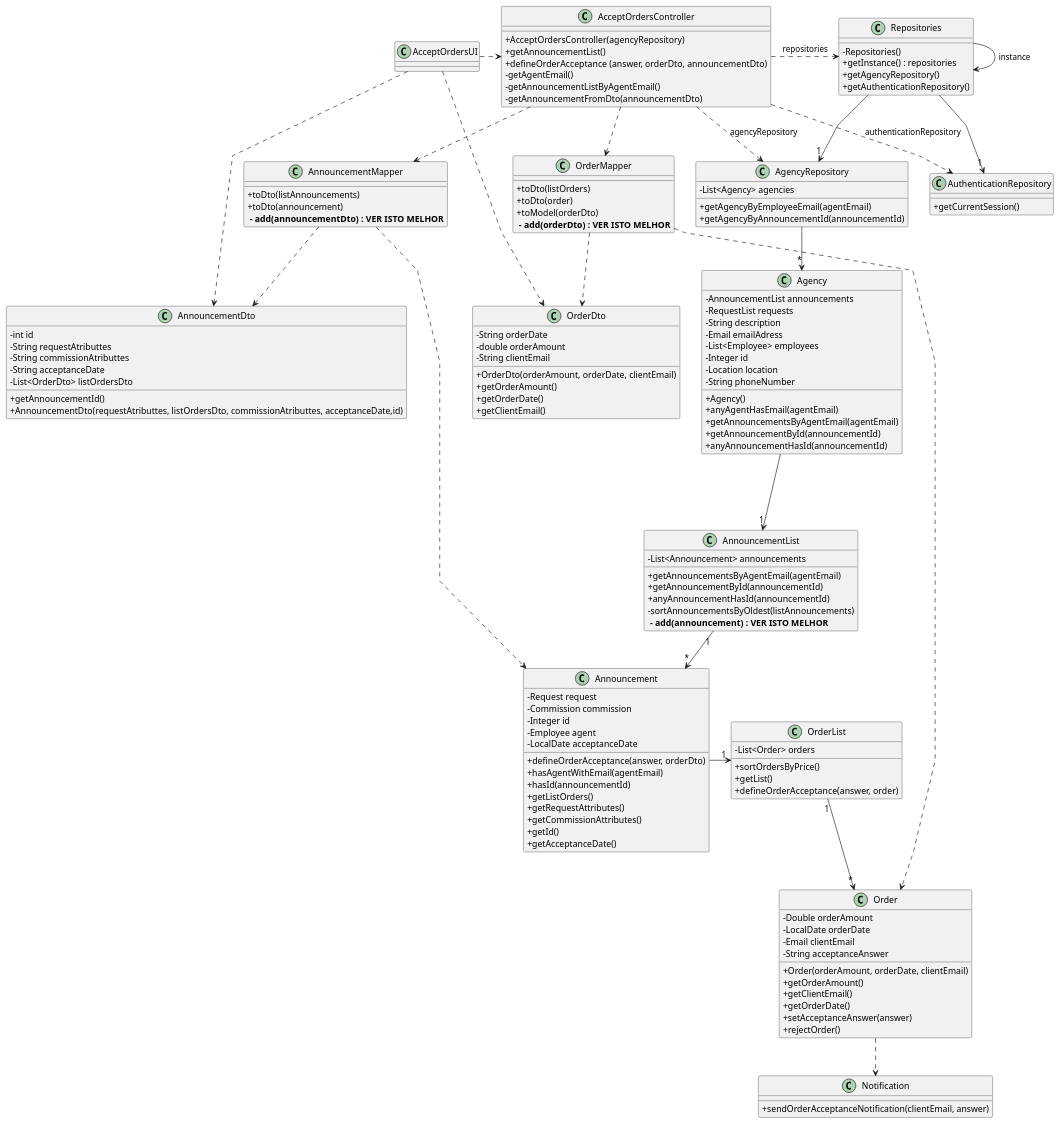
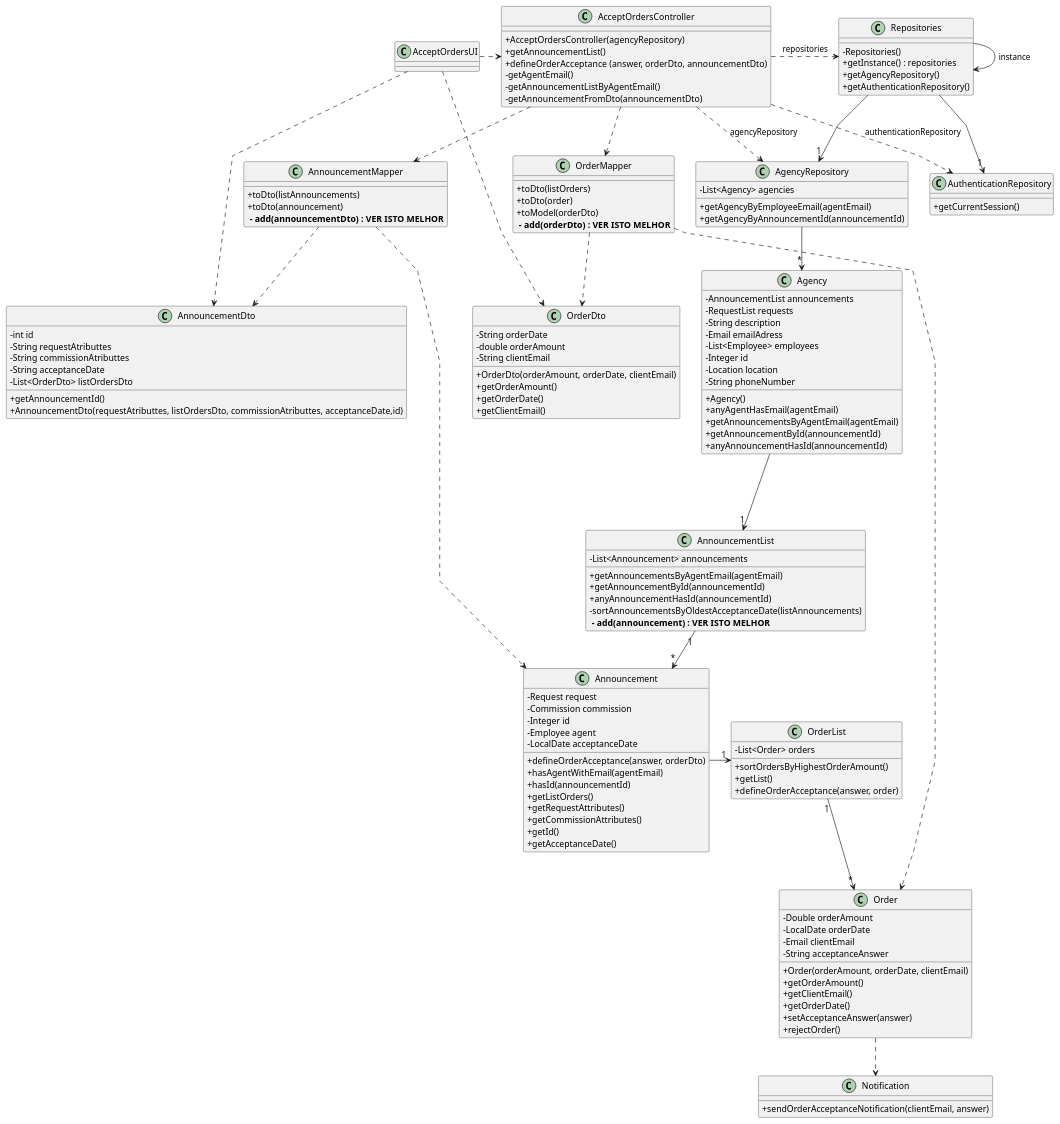
One commit to rita-barbosa/LAPR2-2223 changed the diagram in docs/sprintC/us011/03.design/puml/us011-class-diagram.puml. Above: the diagram before and after it, drawn with PlantUML. The commit also changed 3 other files, not shown here.

Commit message:
Update sequence and class diagram: renaming methods [US011][Design][#03 & #01 Task|Issue]

```diff
--- a/docs/sprintC/us011/03.design/puml/us011-class-diagram.puml
+++ b/docs/sprintC/us011/03.design/puml/us011-class-diagram.puml
@@ -1,162 +1,162 @@
 @startuml
 'skinparam monochrome true
 skinparam packageStyle rectangle
 skinparam shadowing false
 skinparam linetype polyline
 'skinparam linetype orto
 
 skinparam classAttributeIconSize 0
 
 class Notification {
 + sendOrderAcceptanceNotification(clientEmail, answer)
 }
 
 class Order {
     - Double orderAmount
     - LocalDate orderDate
     - Email clientEmail
     - String acceptanceAnswer
     + Order(orderAmount, orderDate, clientEmail)
     + getOrderAmount()
     + getClientEmail()
     + getOrderDate()
     + setAcceptanceAnswer(answer)
     + rejectOrder()
 }
 
 class OrderMapper {
     + toDto(listOrders)
     + toDto(order)
     + toModel(orderDto)
     ** - add(orderDto) : VER ISTO MELHOR**
 }
 
 class OrderList {
     - List<Order> orders
-    + sortOrdersByPrice()
+    + sortOrdersByHighestOrderAmount()
     + getList()
     + defineOrderAcceptance(answer, order)
 }
 
 class OrderDto {
     - String orderDate
     - double orderAmount
     - String clientEmail
     + OrderDto(orderAmount, orderDate, clientEmail)
     + getOrderAmount()
     + getOrderDate()
     + getClientEmail()
 }
 
 class Announcement {
     - Request request
     - Commission commission
     - Integer id
     - Employee agent
     - LocalDate acceptanceDate
     + defineOrderAcceptance(answer, orderDto)
     + hasAgentWithEmail(agentEmail)
     + hasId(announcementId)
     + getListOrders()
     + getRequestAttributes()
     + getCommissionAttributes()
     + getId()
     + getAcceptanceDate()
 }
 
 class AnnouncementDto {
     - int id
     - String requestAtributtes
     - String commissionAtributtes
     - String acceptanceDate
     - List<OrderDto> listOrdersDto
     + getAnnouncementId()
     + AnnouncementDto(requestAtributtes, listOrdersDto, commissionAtributtes, acceptanceDate,id)
 }
 
 class AnnouncementList {
     - List<Announcement> announcements
     + getAnnouncementsByAgentEmail(agentEmail)
     + getAnnouncementById(announcementId)
     + anyAnnouncementHasId(announcementId)
-    - sortAnnouncementsByOldest(listAnnouncements)
+    - sortAnnouncementsByOldestAcceptanceDate(listAnnouncements)
     ** - add(announcement) : VER ISTO MELHOR**
 }
 
 class AnnouncementMapper {
     + toDto(listAnnouncements)
     + toDto(announcement)
     ** - add(announcementDto) : VER ISTO MELHOR**
 }
 
 class Agency {
     - AnnouncementList announcements
     - RequestList requests
     - String description
     - Email emailAdress
     - List<Employee> employees
     - Integer id
     - Location location
     - String phoneNumber
     + Agency()
     + anyAgentHasEmail(agentEmail)
     + getAnnouncementsByAgentEmail(agentEmail)
     + getAnnouncementById(announcementId)
     + anyAnnouncementHasId(announcementId)
 }
 
 class AgencyRepository {
     - List<Agency> agencies
     + getAgencyByEmployeeEmail(agentEmail)
     + getAgencyByAnnouncementId(announcementId)
 }
 class AuthenticationRepository{
  + getCurrentSession()
 }
 
 class Repositories {
     - Repositories()
     + getInstance() : repositories
     + getAgencyRepository()
     + getAuthenticationRepository()
 
 }
 
 class AcceptOrdersController {
     + AcceptOrdersController(agencyRepository)
     + getAnnouncementList()
     + defineOrderAcceptance (answer, orderDto, announcementDto)
     - getAgentEmail()
     - getAnnouncementListByAgentEmail()
     - getAnnouncementFromDto(announcementDto)
 }
 
 
 class AcceptOrdersUI {
 }
 
 Repositories -> Repositories : instance
 
 AcceptOrdersUI .> AcceptOrdersController
 AcceptOrdersController .> Repositories : repositories
 AcceptOrdersController .-> AgencyRepository : agencyRepository
 AcceptOrdersController .-> AuthenticationRepository :  authenticationRepository
 AcceptOrdersController .-> AnnouncementMapper
 AnnouncementMapper .-> AnnouncementDto
 AnnouncementMapper .> Announcement
 AcceptOrdersController .-> OrderMapper
 OrderMapper .-> OrderDto
 OrderMapper.> Order
 AcceptOrdersUI .> AnnouncementDto
 AcceptOrdersUI .> OrderDto
 Repositories --> "1" AuthenticationRepository
 Repositories --> "1" AgencyRepository
 AgencyRepository --> "*" Agency
 Agency ---> "1" AnnouncementList
 AnnouncementList "1" --> "*" Announcement
 Announcement -> "1" OrderList
 OrderList "1" --> "*" Order
 Order .-> Notification
 
 
 @enduml
```
